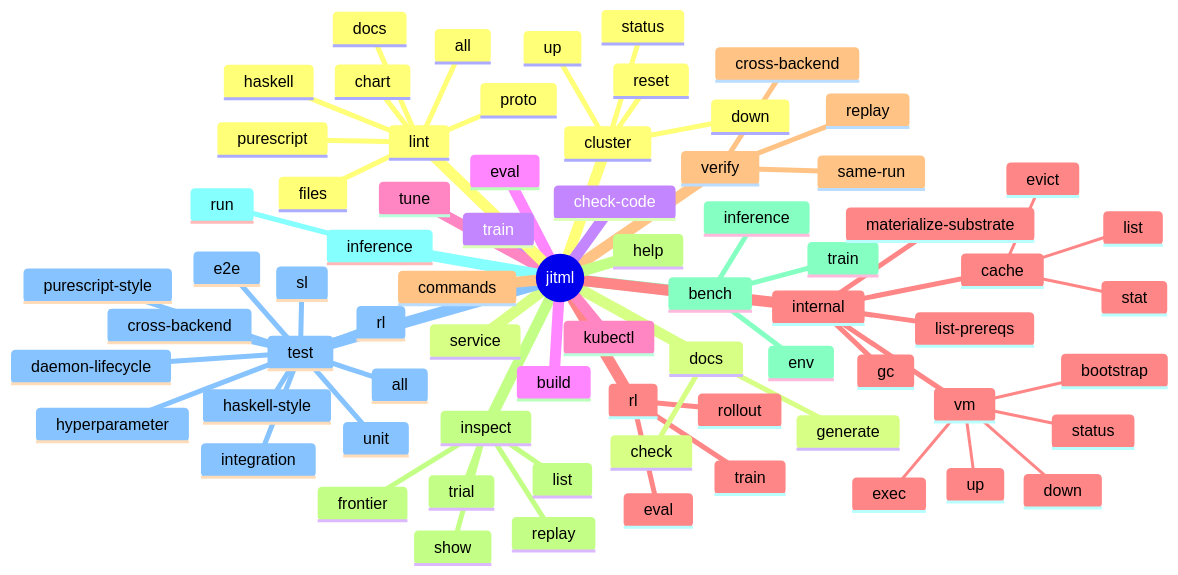
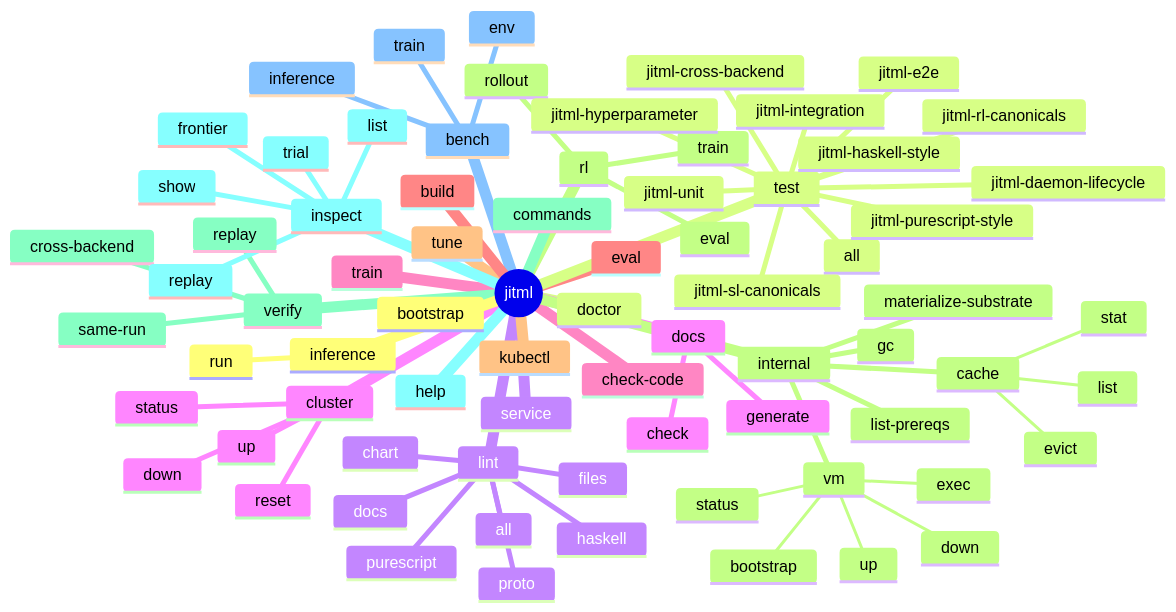
Before and after one commit to Tuee22/jitML: the first of 4 diagrams in README.md, drawn with Mermaid. The commit also changed other lines of this file and 86 other files, not shown here.

````diff
--- a/README.md
+++ b/README.md
@@ -574,75 +580,77 @@
 ```mermaid
 mindmap
   root((jitml))
+    bootstrap
+    doctor
+    service
     cluster
       up
       down
       status
       reset
-    service
     train
     eval
     tune
     rl
       train
       eval
       rollout
     verify
       same-run
       cross-backend
       replay
     inspect
       list
       show
       replay
       trial
       frontier
     bench
       train
       inference
       env
     inference
       run
     test
       all
-      unit
-      integration
-      sl
-      rl
-      hyperparameter
-      cross-backend
-      daemon-lifecycle
-      e2e
-      haskell-style
-      purescript-style
+      jitml-unit
+      jitml-integration
+      jitml-sl-canonicals
+      jitml-rl-canonicals
+      jitml-hyperparameter
+      jitml-cross-backend
+      jitml-daemon-lifecycle
+      jitml-e2e
+      jitml-haskell-style
+      jitml-purescript-style
     lint
       files
       docs
       proto
       chart
       haskell
       purescript
       all
     docs
       check
       generate
     check-code
     build
     kubectl
     internal
       materialize-substrate
       list-prereqs
       gc
       vm
         bootstrap
         up
         down
         status
         exec
       cache
         stat
         list
         evict
     commands
     help
 ```
````
